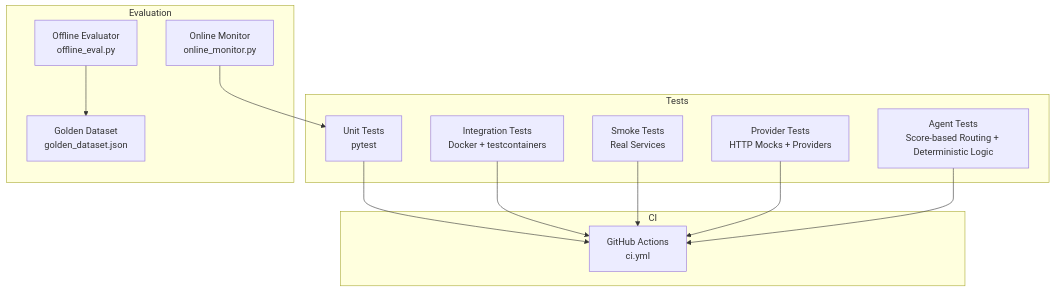
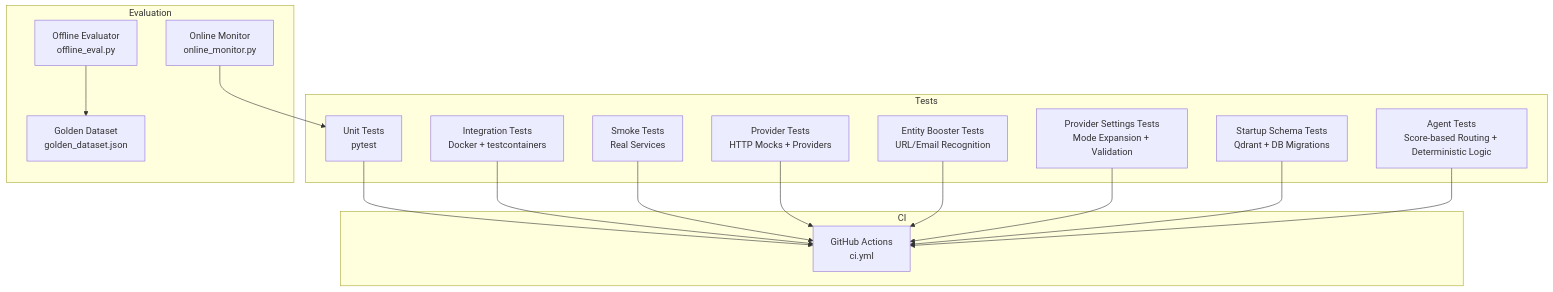
The first of 6 diagrams in .qoder/repowiki/en/content/Testing Strategy/Testing Strategy.md (genes8/private-ai), drawn with Mermaid before and after one commit. The commit also changed other lines of this file and 31 other files, not shown here.

First line of the commit message:
feat: feedback admin page, provider settings UX, SSRF hardening, and observability improvements

````diff
--- a/.qoder/repowiki/en/content/Testing Strategy/Testing Strategy.md
+++ b/.qoder/repowiki/en/content/Testing Strategy/Testing Strategy.md
@@ -82,25 +90,31 @@
 ```mermaid
 graph TB
 subgraph "Tests"
 UT["Unit Tests<br/>pytest"]
 IT["Integration Tests<br/>Docker + testcontainers"]
 ST["Smoke Tests<br/>Real Services"]
 PT["Provider Tests<br/>HTTP Mocks + Providers"]
+ET["Entity Booster Tests<br/>URL/Email Recognition"]
+PST["Provider Settings Tests<br/>Mode Expansion + Validation"]
+SST["Startup Schema Tests<br/>Qdrant + DB Migrations"]
 AT["Agent Tests<br/>Score-based Routing + Deterministic Logic"]
 end
 subgraph "Evaluation"
 GD["Golden Dataset<br/>golden_dataset.json"]
 OE["Offline Evaluator<br/>offline_eval.py"]
 OM["Online Monitor<br/>online_monitor.py"]
 end
 subgraph "CI"
 W["GitHub Actions<br/>ci.yml"]
 end
 UT --> W
 IT --> W
 ST --> W
 PT --> W
+ET --> W
+PST --> W
+SST --> W
 AT --> W
 OE --> GD
 OM --> UT
 ```
````
